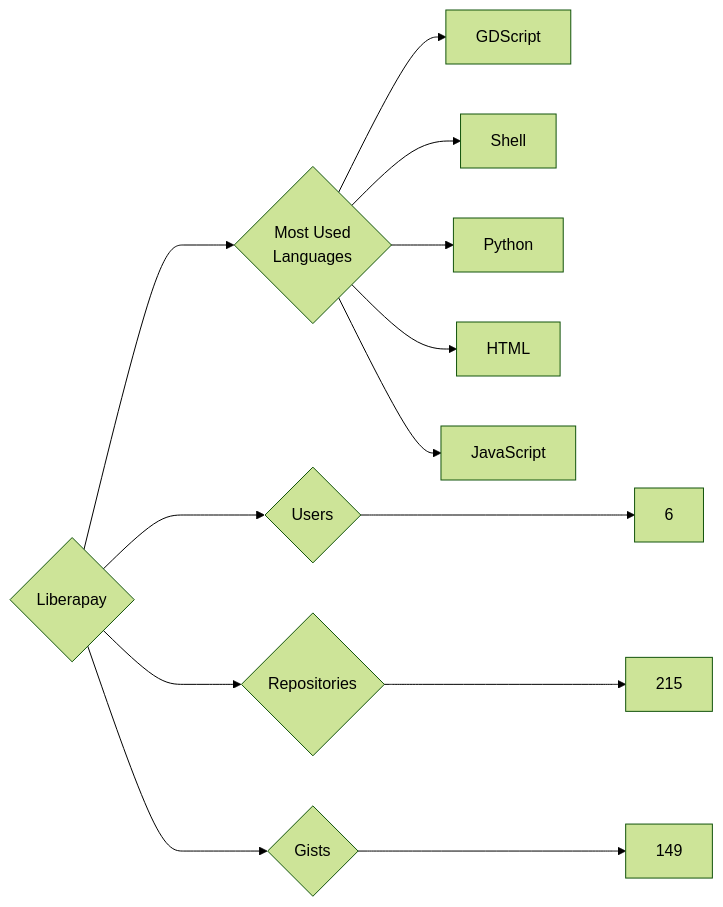
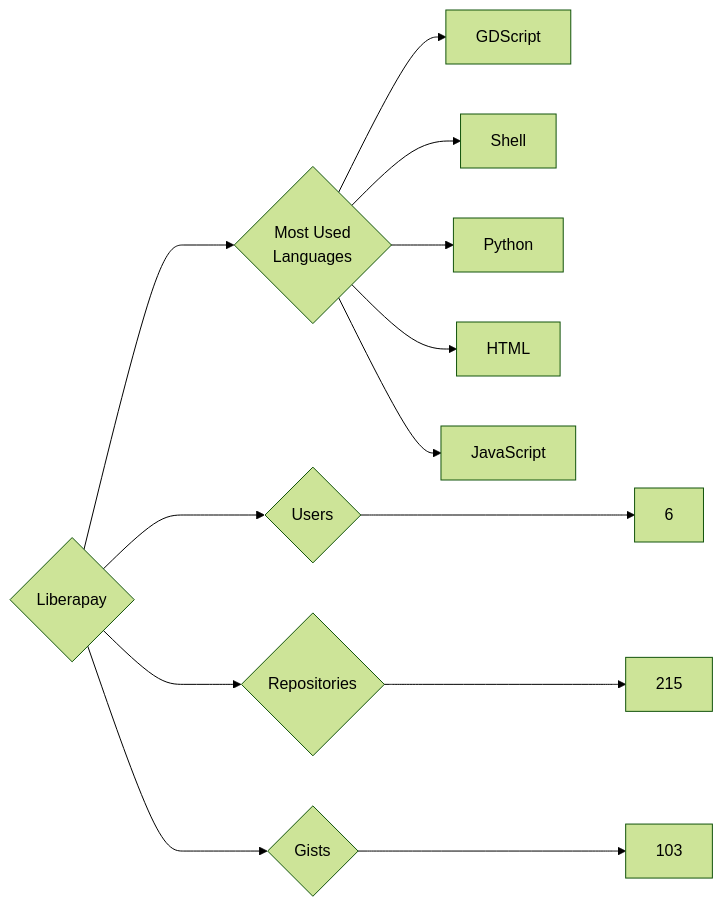
One commit to trickest/insiders changed the diagram in targets/Liberapay/README.md. Above: the diagram before and after it, drawn with Mermaid (forest theme). The commit also changed 757 other files, not shown here.

````diff
--- a/targets/Liberapay/README.md
+++ b/targets/Liberapay/README.md
@@ -3,13 +3,13 @@
 ```mermaid
 graph LR
 COMPANY_NAME{Liberapay}
 COMPANY_NAME ---> U{Users} ---> UN[6]
 COMPANY_NAME ---> R{Repositories} ---> RN[215]
-COMPANY_NAME ---> G{Gists} ---> GN[149]
+COMPANY_NAME ---> G{Gists} ---> GN[103]
 COMPANY_NAME ---> ML{Most Used<br>Languages}
 ML --> GDScript[GDScript]
 ML --> Shell[Shell]
 ML --> Python[Python]
 ML --> HTML[HTML]
 ML --> JavaScript[JavaScript]
 ```
````
